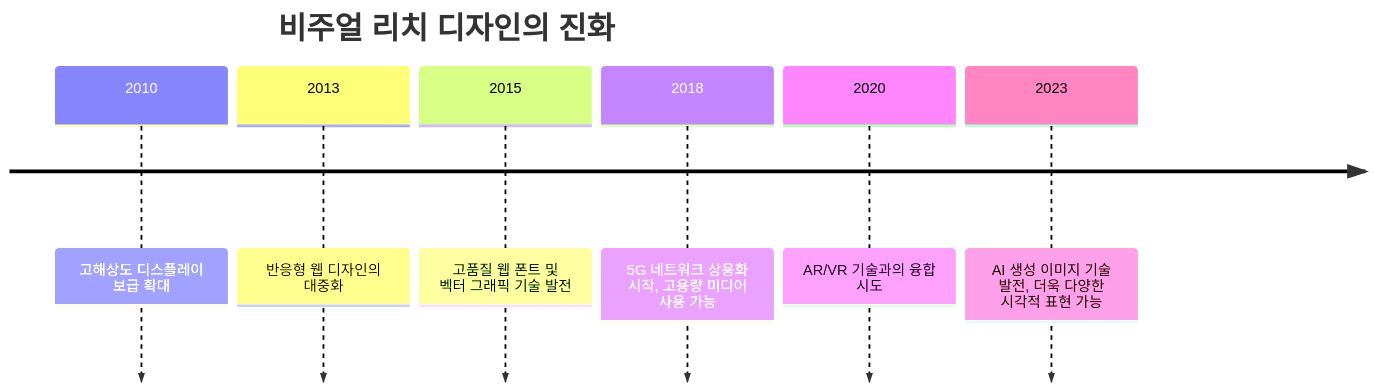
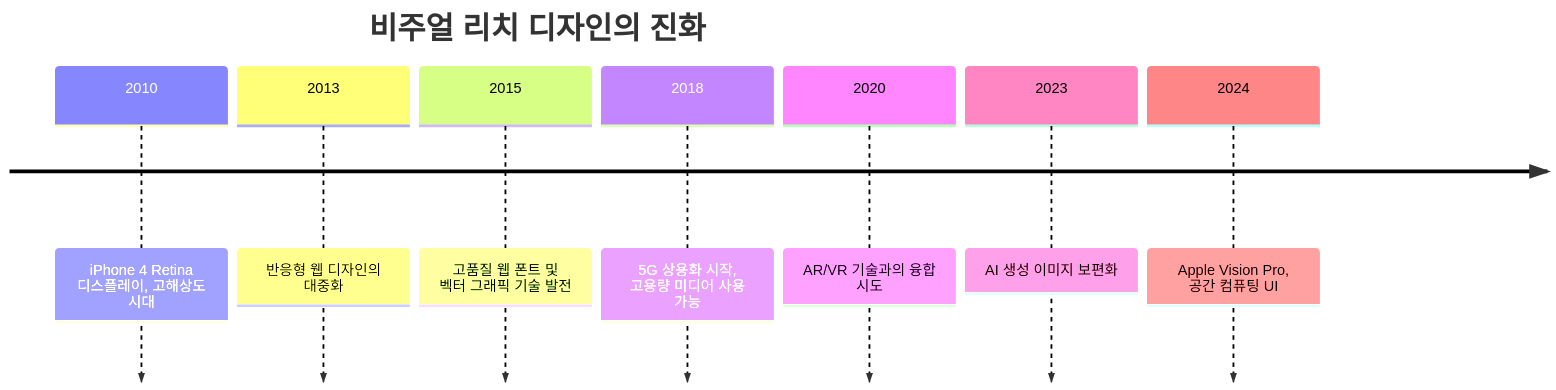
One commit to saejinpark/saejinpark.github.io changed the diagram in _posts/design/style/2024-08-25-visuallyRich.md. Above: the diagram before and after it, drawn with Mermaid. The commit also changed other lines of this file and 23 other files, not shown here.

```diff
--- a/_posts/design/style/2024-08-25-visuallyRich.md
+++ b/_posts/design/style/2024-08-25-visuallyRich.md
@@ -33,10 +39,11 @@
 <div class="mermaid">
 timeline
   title 비주얼 리치 디자인의 진화
-  2010 : 고해상도 디스플레이 보급 확대
+  2010 : iPhone 4 Retina 디스플레이, 고해상도 시대
   2013 : 반응형 웹 디자인의 대중화
   2015 : 고품질 웹 폰트 및 벡터 그래픽 기술 발전
-  2018 : 5G 네트워크 상용화 시작, 고용량 미디어 사용 가능
+  2018 : 5G 상용화 시작, 고용량 미디어 사용 가능
   2020 : AR/VR 기술과의 융합 시도
-  2023 : AI 생성 이미지 기술 발전, 더욱 다양한 시각적 표현 가능
+  2023 : AI 생성 이미지 보편화
+  2024 : Apple Vision Pro, 공간 컴퓨팅 UI
 </div>
```
